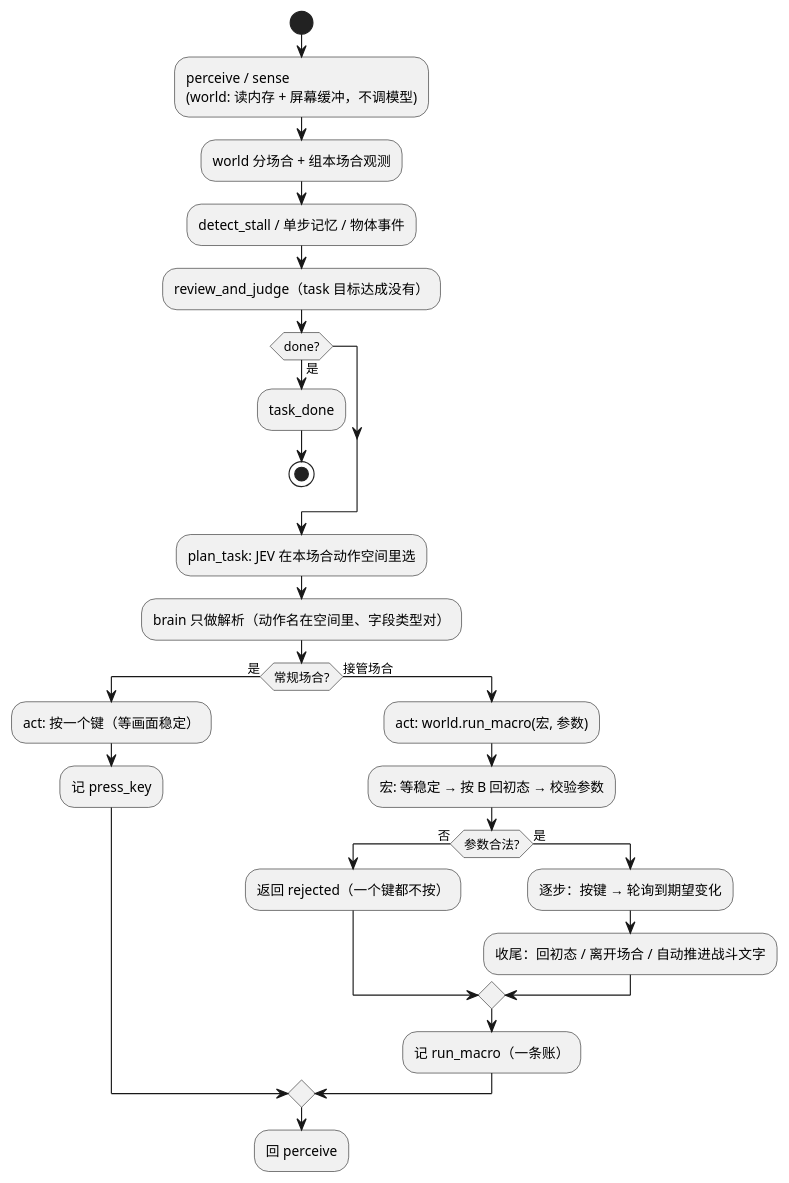
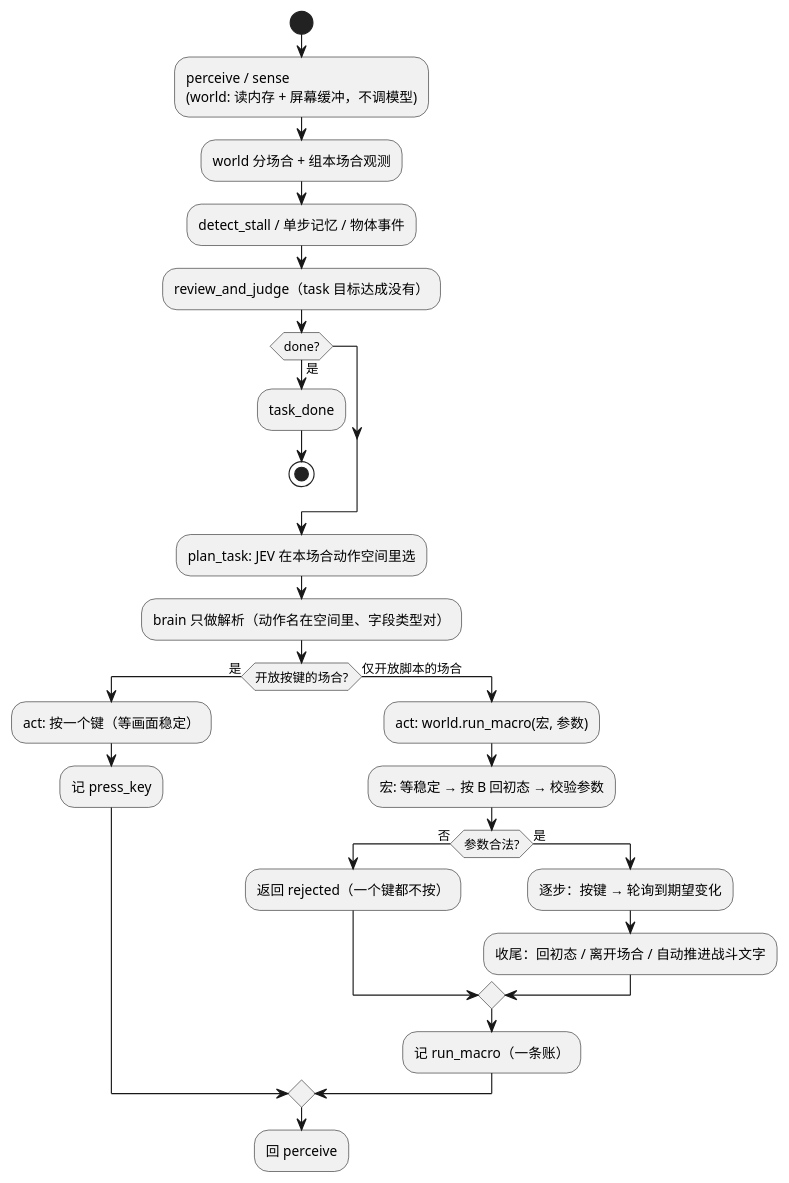
The first of 2 diagrams in docs/perceive/spec.md (Zhitao-JIn/PokemonAgent), drawn with PlantUML before and after one commit. The commit also changed other lines of this file and 68 other files, not shown here.

````diff
--- a/docs/perceive/spec.md
+++ b/docs/perceive/spec.md
@@ -24,30 +24,30 @@
 ```plantuml
 @startuml task_chain_flow
 start
 :perceive / sense\n(world: 读内存 + 屏幕缓冲，不调模型);
 :world 分场合 + 组本场合观测;
 :detect_stall / 单步记忆 / 物体事件;
 :review_and_judge（task 目标达成没有）;
 if (done?) then (是)
   :task_done;
   stop
 endif
 :plan_task: JEV 在本场合动作空间里选;
 :brain 只做解析（动作名在空间里、字段类型对）;
-if (常规场合?) then (是)
+if (开放按键的场合?) then (是)
   :act: 按一个键（等画面稳定）;
   :记 press_key;
-else (接管场合)
+else (仅开放脚本的场合)
   :act: world.run_macro(宏, 参数);
   :宏: 等稳定 → 按 B 回初态 → 校验参数;
   if (参数合法?) then (否)
     :返回 rejected（一个键都不按）;
   else (是)
     :逐步：按键 → 轮询到期望变化;
     :收尾：回初态 / 离开场合 / 自动推进战斗文字;
   endif
   :记 run_macro（一条账）;
 endif
 :回 perceive;
 @enduml
 ```
````
